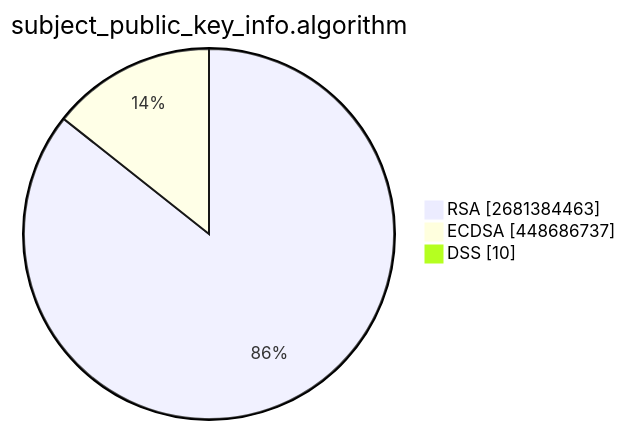
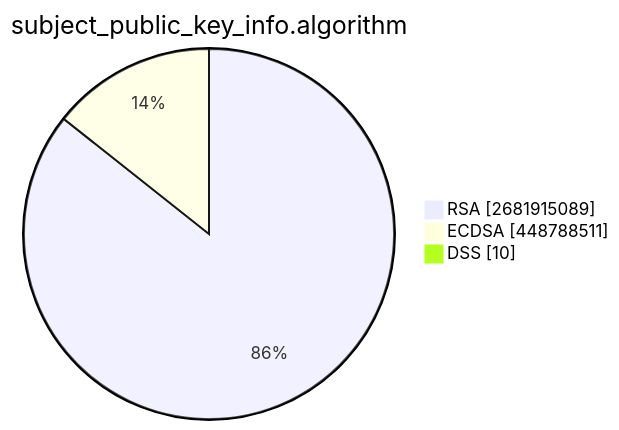
The second of 15 diagrams in TOTAL/README.md (christiankrug/ctmonitor_visualization), drawn with Mermaid before and after one commit. The commit also changed other lines of this file, not shown here.

````diff
--- a/TOTAL/README.md
+++ b/TOTAL/README.md
@@ -6,7 +6,7 @@
 ```mermaid
 pie showData
 title subject_public_key_info.algorithm
-"RSA" :2681384463
-"ECDSA" :448686737
+"RSA" :2681915089
+"ECDSA" :448788511
 "DSS" :10
 ```
````
